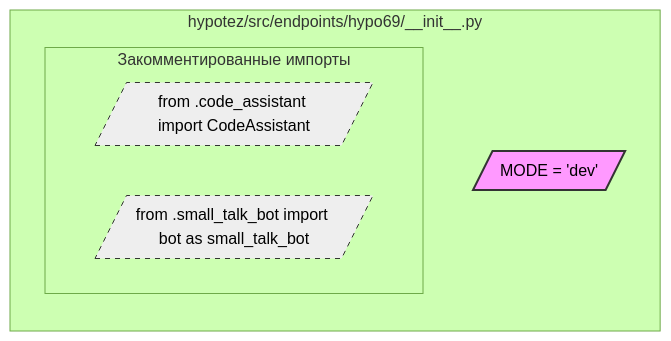
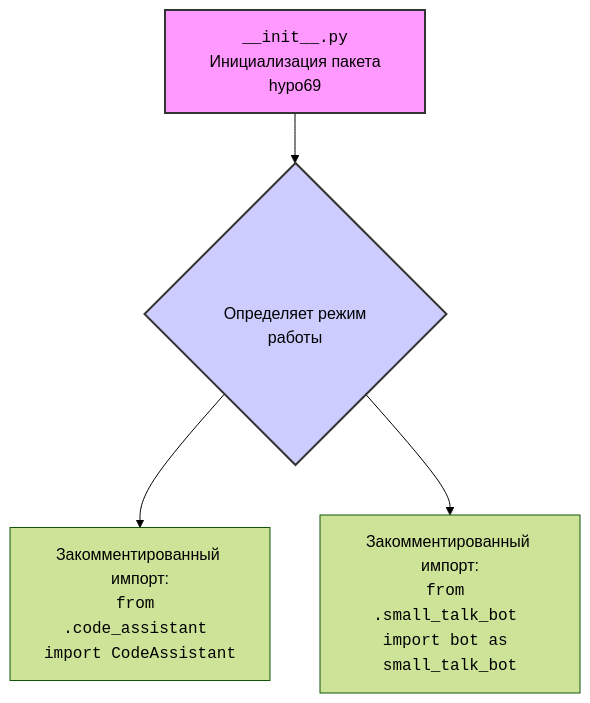
Before and after one commit to hypo69/hypo: the second of 2 diagrams in docs/gemini/ru/explainer/src/endpoints/hypo69/__init__.py.md, drawn with Mermaid (forest theme). The commit also changed other lines of this file and 6031 other files, not shown here.

````diff
--- a/docs/gemini/ru/explainer/src/endpoints/hypo69/__init__.py.md
+++ b/docs/gemini/ru/explainer/src/endpoints/hypo69/__init__.py.md
@@ -13,16 +30,9 @@
 ```mermaid
-graph LR
-    subgraph "hypotez/src/endpoints/hypo69/__init__.py"
-        MODE_VAR[/"MODE = 'dev'"/]
-        
-        subgraph "Закомментированные импорты"
-            CodeAssistant_import[/"from .code_assistant import CodeAssistant"/]
-            small_talk_bot_import[/"from .small_talk_bot import bot as small_talk_bot"/]
-        end
-    end
+flowchart TD
+    A[<code>__init__.py</code><br> Инициализация пакета hypo69] --> B{ <br> Определяет режим работы};
+    B --> C[Закомментированный импорт:<br><code>from .code_assistant import CodeAssistant</code>];
+    B --> D[Закомментированный импорт:<br><code>from .small_talk_bot import bot as small_talk_bot</code>];
 
-    style MODE_VAR fill:#f9f,stroke:#333,stroke-width:2px
-    style CodeAssistant_import fill:#eee,stroke:#333,stroke-width:1px,stroke-dasharray: 5 5
-    style small_talk_bot_import fill:#eee,stroke:#333,stroke-width:1px,stroke-dasharray: 5 5
-
+    style A fill:#f9f,stroke:#333,stroke-width:2px
+    style B fill:#ccf,stroke:#333,stroke-width:2px
 ```
````
